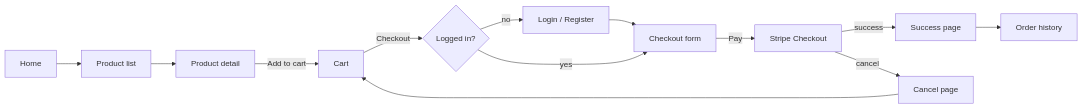
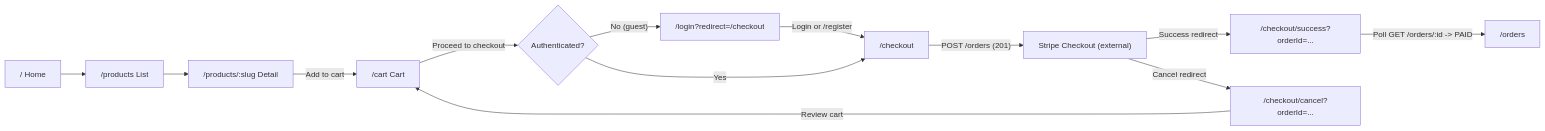
One commit to kiirtann/ReZon changed the diagram in docs/05-UI_DESIGN.md. Above: the diagram before and after it, drawn with Mermaid. The commit also changed other lines of this file and 36 other files, not shown here.

Commit message:
feat(p1,p2): UI design system, primitives, Prisma schema and seed

````diff
--- a/docs/05-UI_DESIGN.md
+++ b/docs/05-UI_DESIGN.md
@@ -29,12 +37,15 @@
 ```mermaid
 flowchart LR
-  H[Home] --> L[Product list]
-  L --> D[Product detail]
-  D -->|Add to cart| C[Cart]
-  C -->|Checkout| A{Logged in?}
-  A -- no --> LG[Login / Register] --> CO
-  A -- yes --> CO[Checkout form]
-  CO -->|Pay| S[Stripe Checkout]
-  S -->|success| OK[Success page] --> OH[Order history]
-  S -->|cancel| CX[Cancel page] --> C
+  H["/ Home"] --> L["/products List"]
+  L --> D["/products/:slug Detail"]
+  D -->|Add to cart| C["/cart Cart"]
+  C -->|Proceed to checkout| A{"Authenticated?"}
+  A -- "No (guest)" --> LG["/login?redirect=/checkout"]
+  LG -->|Login or /register| CO["/checkout"]
+  A -- "Yes" --> CO
+  CO -->|"POST /orders (201)"| S["Stripe Checkout (external)"]
+  S -->|Success redirect| OK["/checkout/success?orderId=..."]
+  OK -->|"Poll GET /orders/:id -> PAID"| OH["/orders"]
+  S -->|Cancel redirect| CX["/checkout/cancel?orderId=..."]
+  CX -->|Review cart| C
 ```
````
